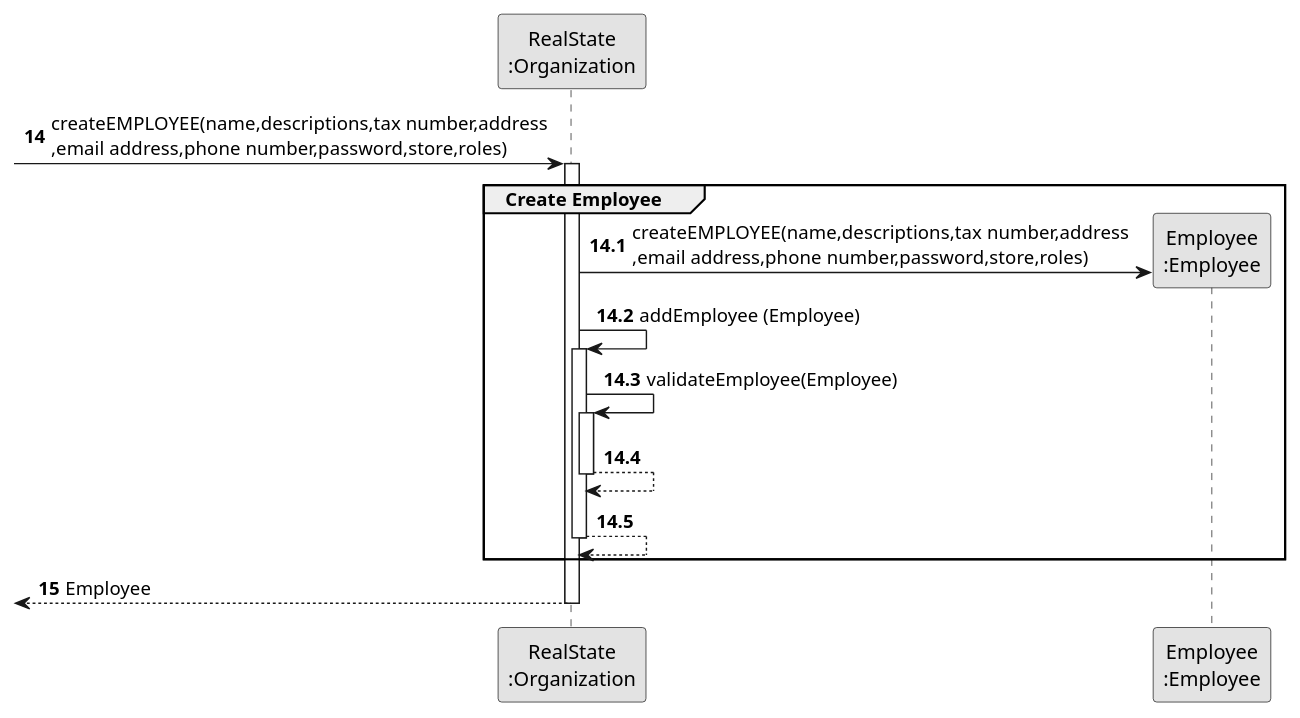
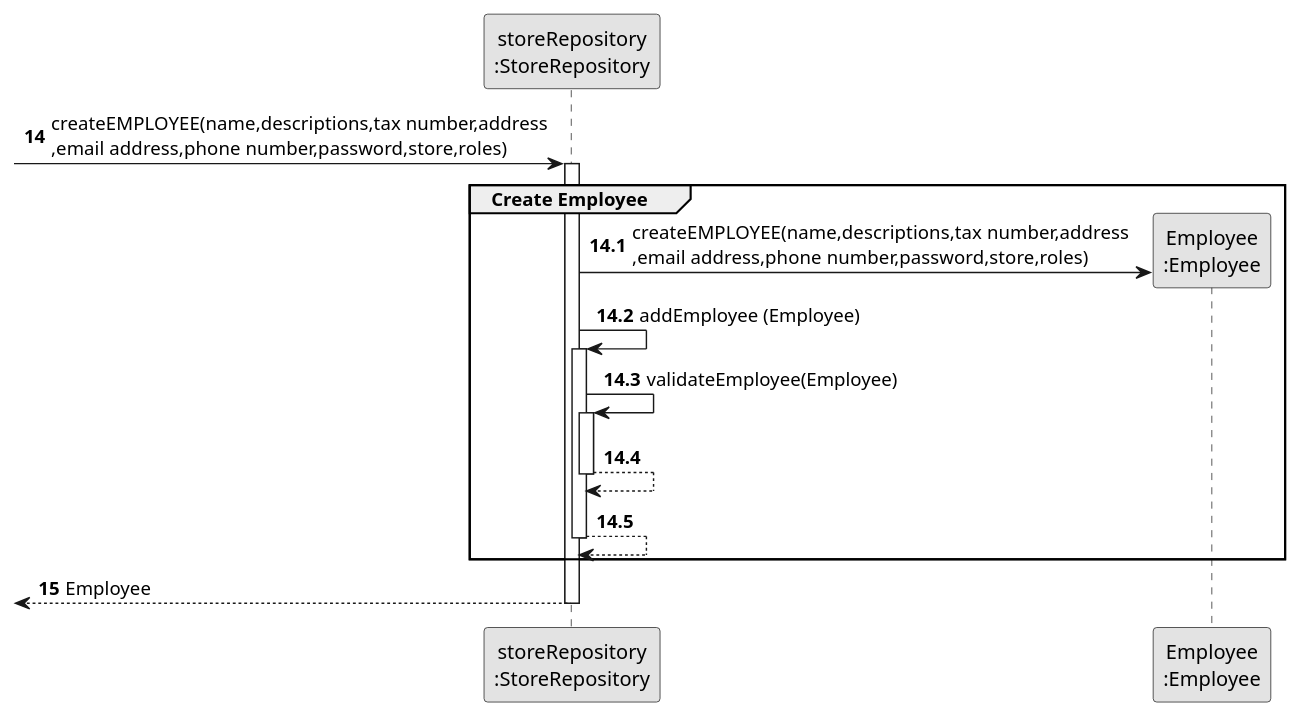
The diagram in lei-22-s2-1do-g68/docs/SprintB/us003/03.design/puml/us003-sequence-diagram-partial-create-employee.puml (hugosilva2901/lei-22-s2-1DO-g68), drawn with PlantUML before and after one commit. The commit also changed 5 other files, not shown here.

```diff
--- a/lei-22-s2-1do-g68/docs/SprintB/us003/03.design/puml/us003-sequence-diagram-partial-create-employee.puml
+++ b/lei-22-s2-1do-g68/docs/SprintB/us003/03.design/puml/us003-sequence-diagram-partial-create-employee.puml
@@ -1,34 +1,34 @@
 @startuml
 skinparam monochrome true
 skinparam packageStyle rectangle
 skinparam shadowing false
 
-participant "RealState\n:Organization" as ORG
+participant "storeRepository\n:StoreRepository" as ORG
 participant "Employee\n:Employee" as TAREFA
 
 autonumber 14
 -> ORG:  createEMPLOYEE(name,descriptions,tax number,address\n,email address,phone number,password,store,roles)
 
 autonumber 14.1
 activate ORG
     group Create Employee
 
         ORG -> TAREFA**: createEMPLOYEE(name,descriptions,tax number,address\n,email address,phone number,password,store,roles)
         ORG -> ORG: addEmployee (Employee)
 
         activate ORG
             ORG -> ORG: validateEmployee(Employee)
             activate ORG
                 ORG --> ORG
             deactivate ORG
 
             ORG --> ORG
         deactivate ORG
     end
 
     autonumber 15
     <-- ORG : Employee
 deactivate ORG
 
 
 @enduml
```
